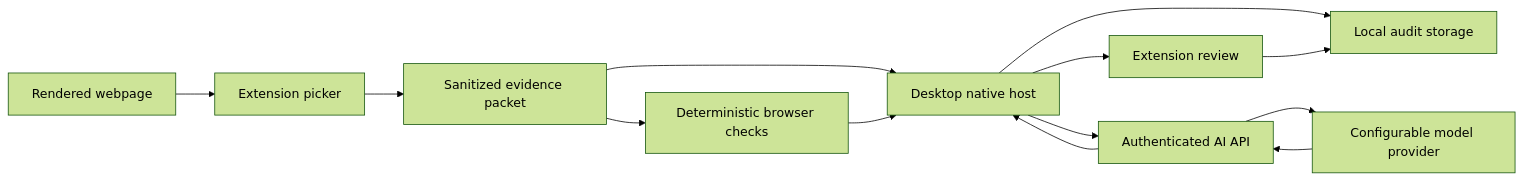
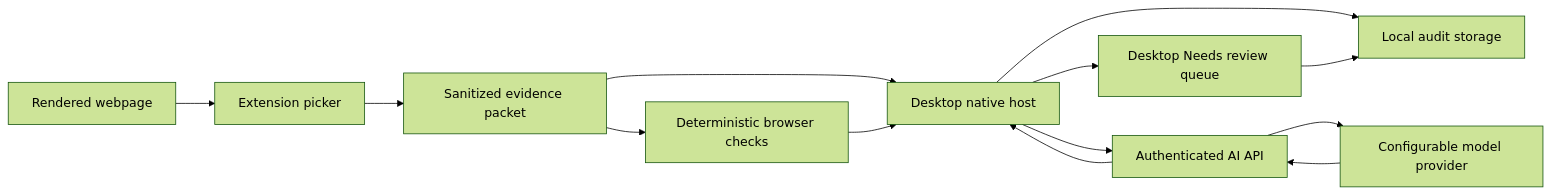
Before and after one commit to Sairo-app/app.thewcag.com: the diagram in docs/AI-EXTENSION-IMPLEMENTATION.md, drawn with Mermaid (forest theme). The commit also changed other lines of this file and 29 other files, not shown here.

Commit message:
feat: route extension findings into desktop review

````diff
--- a/docs/AI-EXTENSION-IMPLEMENTATION.md
+++ b/docs/AI-EXTENSION-IMPLEMENTATION.md
@@ -65,15 +69,15 @@
 ```mermaid
 flowchart LR
     Page[Rendered webpage] --> Picker[Extension picker]
     Picker --> Packet[Sanitized evidence packet]
     Packet --> Rules[Deterministic browser checks]
     Packet --> Host[Desktop native host]
     Rules --> Host
     Host --> Local[Local audit storage]
     Host --> API[Authenticated AI API]
     API --> Model[Configurable model provider]
     Model --> API
     API --> Host
-    Host --> Review[Extension review]
+    Host --> Review[Desktop Needs review queue]
     Review --> Local
 ```
````
